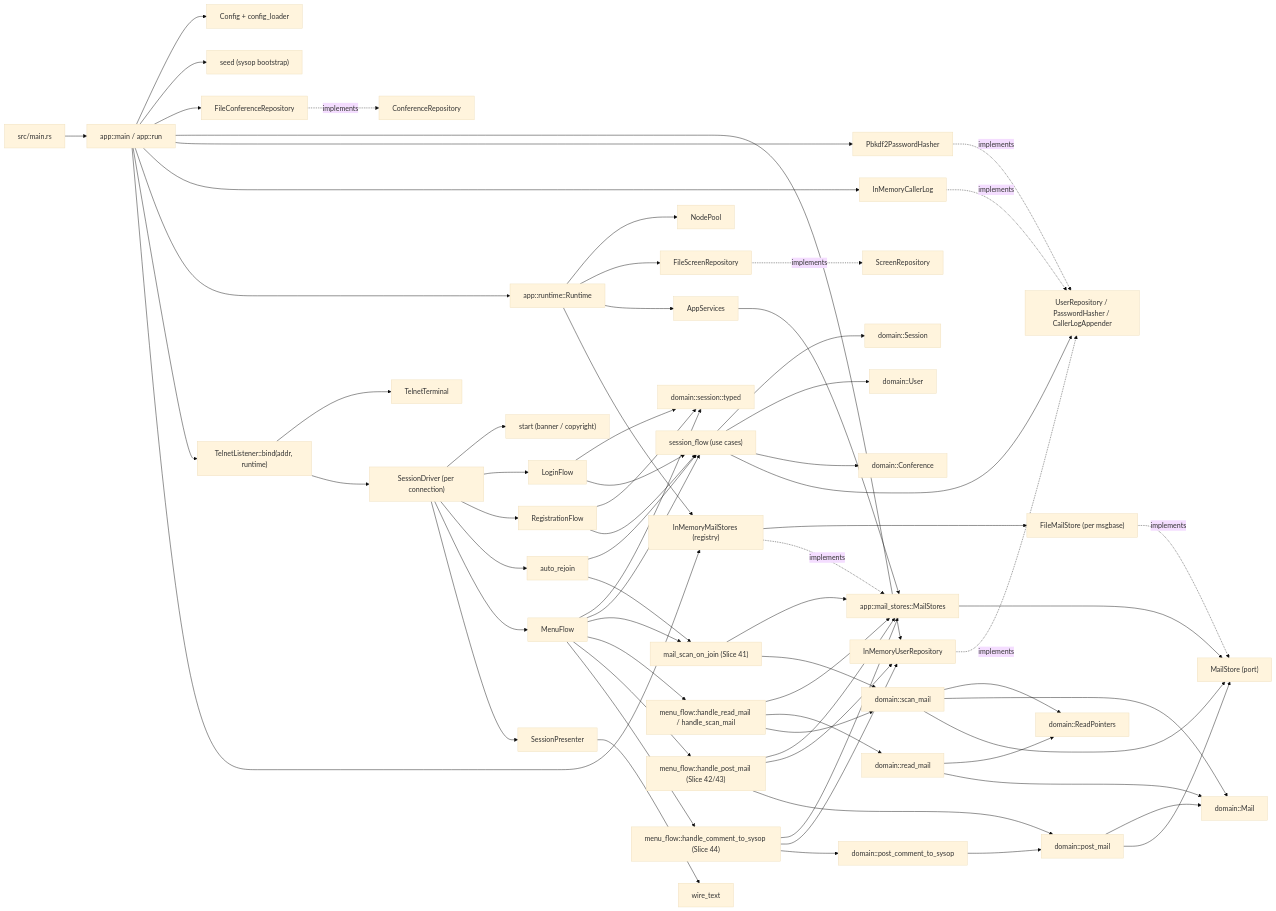
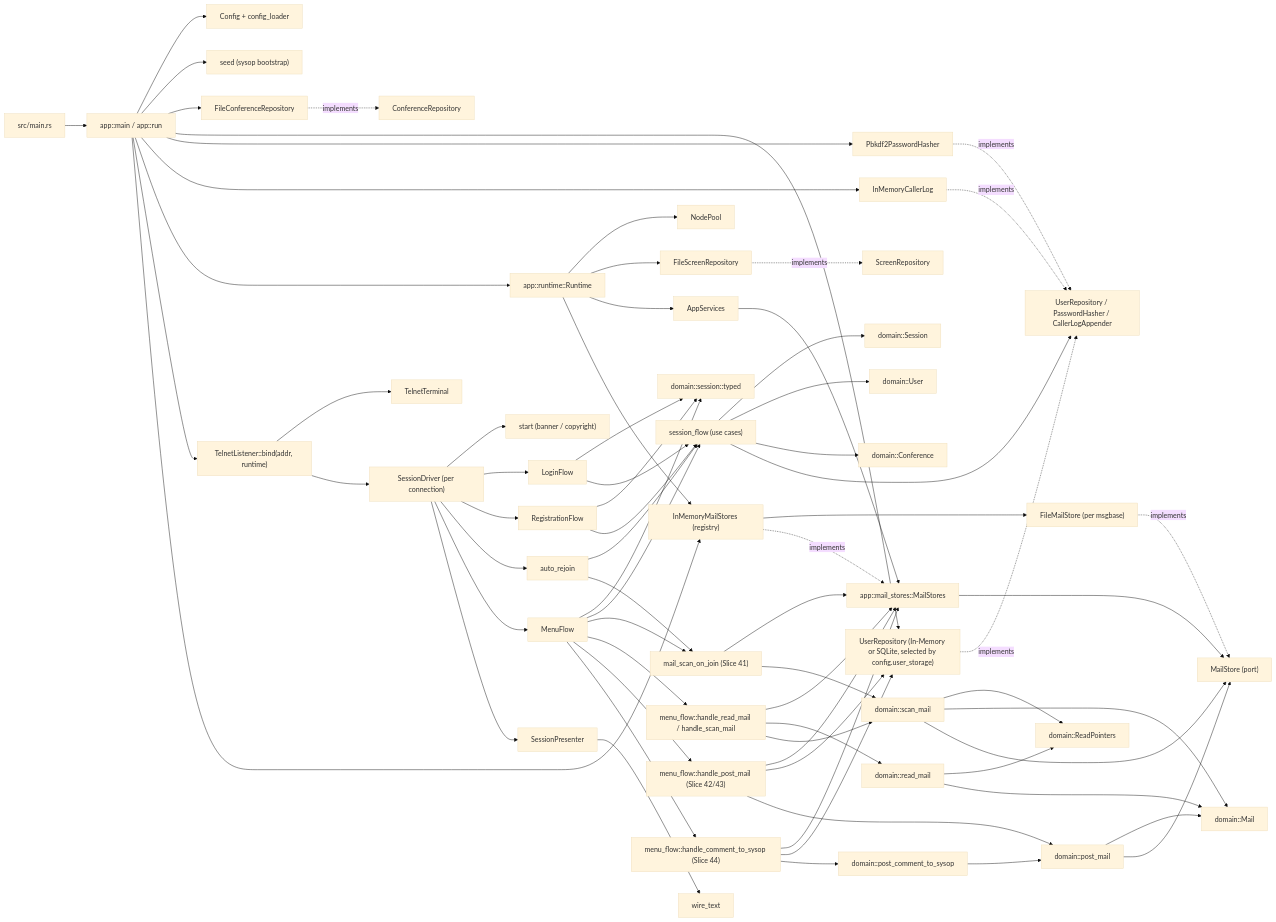
One commit to pingles/nextexpress changed the diagram in SYSTEM.md. Above: the diagram before and after it, drawn with Mermaid (base theme). The commit also changed other lines of this file and 8 other files, not shown here.

First line of the commit message:
Add: SQLite-backed UserRepository selectable via config

````diff
--- a/SYSTEM.md
+++ b/SYSTEM.md
@@ -37,81 +37,81 @@
 ```mermaid
 flowchart LR
     Main["src/main.rs"] --> AppRun["app::main / app::run"]
 
     AppRun --> Config["Config + config_loader"]
     AppRun --> Seed["seed (sysop bootstrap)"]
     AppRun --> ConfRepo["FileConferenceRepository"]
-    AppRun --> UserRepo["InMemoryUserRepository"]
+    AppRun --> UserRepo["UserRepository (In-Memory or SQLite, selected by config.user_storage)"]
     AppRun --> Hasher["Pbkdf2PasswordHasher"]
     AppRun --> CallerLog["InMemoryCallerLog"]
     AppRun --> Runtime["app::runtime::Runtime"]
 
     Runtime --> NodePool["NodePool"]
     Runtime --> Screens["FileScreenRepository"]
     Runtime --> Services["AppServices"]
 
     AppRun --> Telnet["TelnetListener::bind(addr, runtime)"]
     Telnet --> Terminal["TelnetTerminal"]
     Telnet --> Driver["SessionDriver (per connection)"]
 
     Driver --> Start["start (banner / copyright)"]
     Driver --> Login["LoginFlow"]
     Driver --> Registration["RegistrationFlow"]
     Driver --> AutoRejoin["auto_rejoin"]
     Driver --> Menu["MenuFlow"]
     Driver --> Presenter["SessionPresenter"]
 
     Login --> Typed["domain::session::typed"]
     Registration --> Typed
     Menu --> Typed
     Login --> Flow["session_flow (use cases)"]
     Registration --> Flow
     Menu --> Flow
     AutoRejoin --> Flow
     Presenter --> WireText["wire_text"]
 
     AppRun --> MailRegistry["InMemoryMailStores (registry)"]
     MailRegistry --> FileMailStore["FileMailStore (per msgbase)"]
     Runtime --> MailRegistry
     Services --> MailStoresPort["app::mail_stores::MailStores"]
     MailStoresPort --> MailPort["MailStore (port)"]
 
     AutoRejoin --> ScanOnJoin["mail_scan_on_join (Slice 41)"]
     Menu --> ScanOnJoin
     Menu --> ReadHandler["menu_flow::handle_read_mail / handle_scan_mail"]
     Menu --> PostHandler["menu_flow::handle_post_mail (Slice 42/43)"]
     Menu --> CommentHandler["menu_flow::handle_comment_to_sysop (Slice 44)"]
     ReadHandler --> MailStoresPort
     ScanOnJoin --> MailStoresPort
     PostHandler --> MailStoresPort
     PostHandler --> UserRepo
     CommentHandler --> MailStoresPort
     CommentHandler --> UserRepo
     ReadHandler --> ReadMailRule["domain::read_mail"]
     ReadHandler --> ScanMailRule["domain::scan_mail"]
     ScanOnJoin --> ScanMailRule
     PostHandler --> PostMailRule["domain::post_mail"]
     CommentHandler --> CommentRule["domain::post_comment_to_sysop"]
     CommentRule --> PostMailRule
     PostMailRule --> Mail
     PostMailRule --> MailPort
 
     Flow --> DomainSession["domain::Session"]
     Flow --> DomainUser["domain::User"]
     Flow --> DomainConference["domain::Conference"]
     Flow --> Ports["UserRepository / PasswordHasher / CallerLogAppender"]
     ReadMailRule --> Pointers["domain::ReadPointers"]
     ReadMailRule --> Mail["domain::Mail"]
     ScanMailRule --> Pointers
     ScanMailRule --> Mail
     ScanMailRule --> MailPort
 
     ConfRepo -.implements.-> ConfPort["ConferenceRepository"]
     UserRepo -.implements.-> Ports
     Hasher -.implements.-> Ports
     CallerLog -.implements.-> Ports
     Screens -.implements.-> ScreenPort["ScreenRepository"]
 
     MailRegistry -.implements.-> MailStoresPort
     FileMailStore -.implements.-> MailPort
 ```
````
